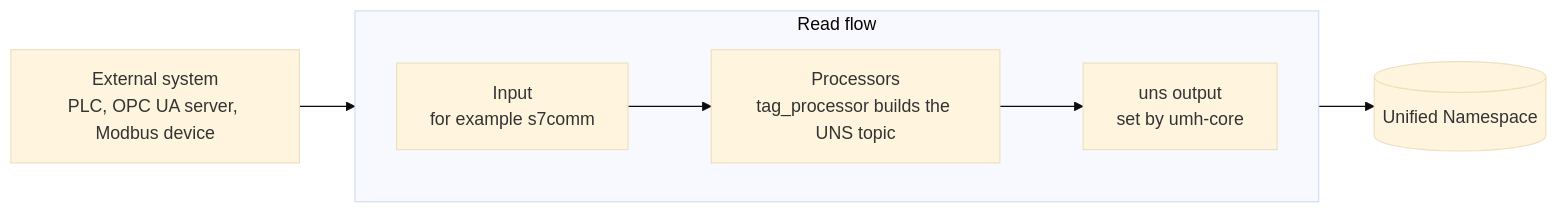
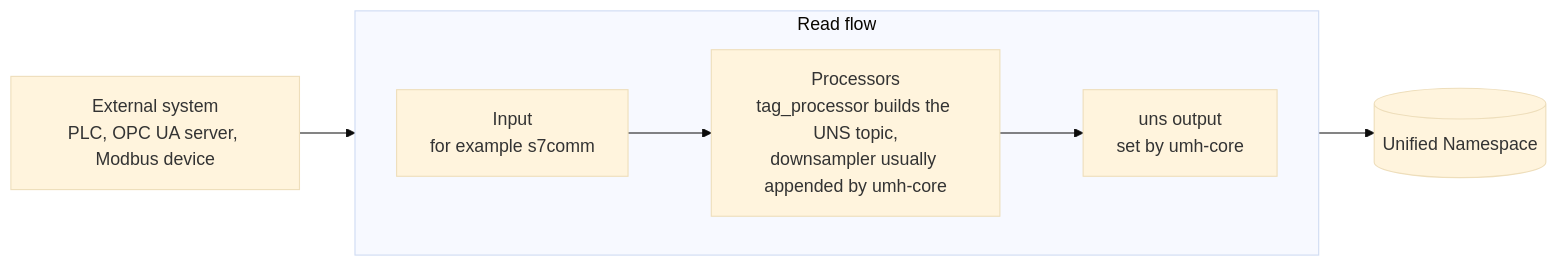
Before and after one commit to united-manufacturing-hub/united-manufacturing-hub: the diagram in umh-core/docs/usage/data-flows/read-flow.md, drawn with Mermaid (base theme). The commit also changed other lines of this file and 3 other files, not shown here.

First line of the commit message:
docs: document automatic downsampler insertion in read flows (ENG-8207)

````diff
--- a/umh-core/docs/usage/data-flows/read-flow.md
+++ b/umh-core/docs/usage/data-flows/read-flow.md
@@ -24,14 +24,14 @@
 ```mermaid
 flowchart LR
     ext["External system<br/>PLC, OPC UA server, Modbus device"]
     subgraph rf["Read flow"]
         direction LR
         input["Input<br/>for example s7comm"]
-        proc["Processors<br/>tag_processor builds the UNS topic"]
+        proc["Processors<br/>tag_processor builds the UNS topic,<br/>downsampler usually appended by umh-core"]
         output["uns output<br/>set by umh-core"]
         input --> proc --> output
     end
     uns[("Unified Namespace")]
     ext --> input
     output --> uns
 ```
````
